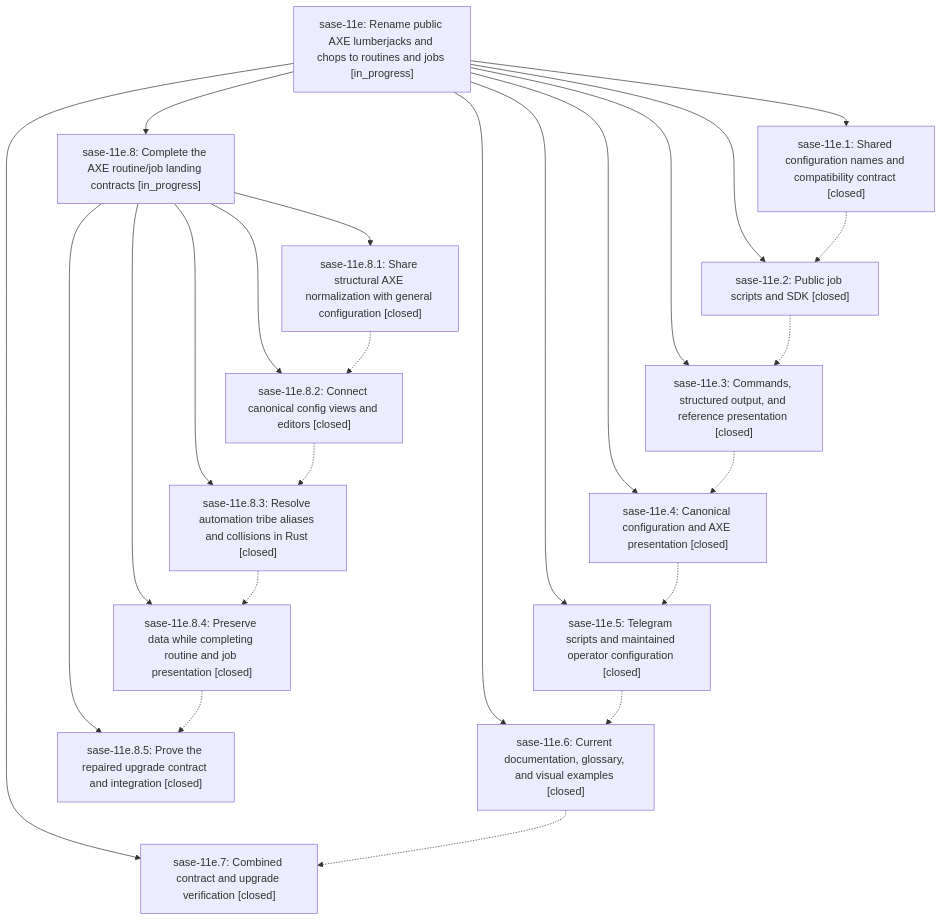
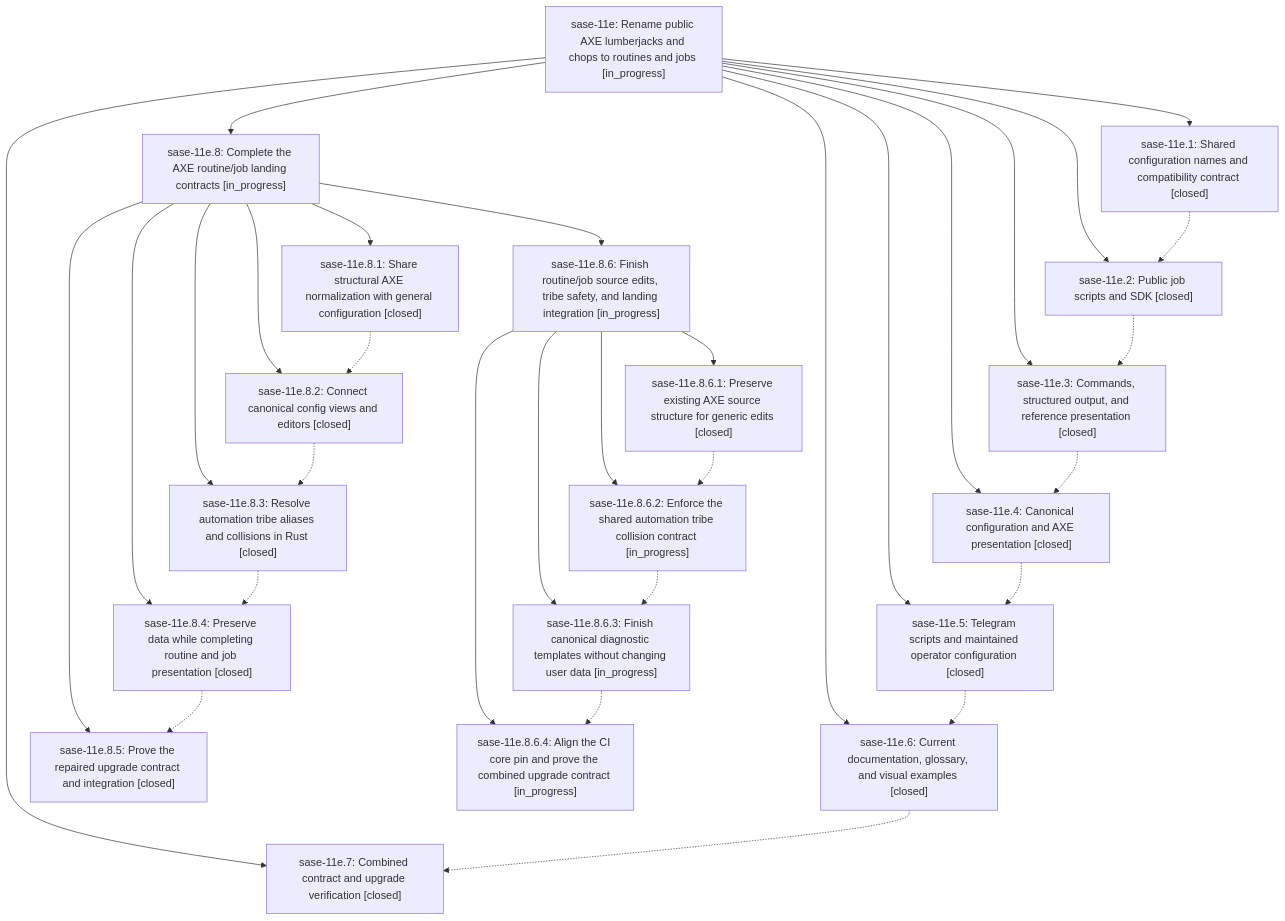
One commit to sase-org/sase--beads changed the diagram in pages/sase-11e/README.md. Above: the diagram before and after it, drawn with Mermaid. The commit also changed other lines of this file and 8 other files, not shown here.

````diff
--- a/pages/sase-11e/README.md
+++ b/pages/sase-11e/README.md
@@ -42,40 +42,53 @@
 ```mermaid
 flowchart TD
     n0["sase-11e: Rename public AXE lumberjacks and chops to routines and jobs [in_progress]"]
     n1["sase-11e.1: Shared configuration names and compatibility contract [closed]"]
     n2["sase-11e.2: Public job scripts and SDK [closed]"]
     n3["sase-11e.3: Commands, structured output, and reference presentation [closed]"]
     n4["sase-11e.4: Canonical configuration and AXE presentation [closed]"]
     n5["sase-11e.5: Telegram scripts and maintained operator configuration [closed]"]
     n6["sase-11e.6: Current documentation, glossary, and visual examples [closed]"]
     n7["sase-11e.7: Combined contract and upgrade verification [closed]"]
     n8["sase-11e.8: Complete the AXE routine/job landing contracts [in_progress]"]
     n9["sase-11e.8.1: Share structural AXE normalization with general configuration [closed]"]
     n10["sase-11e.8.2: Connect canonical config views and editors [closed]"]
     n11["sase-11e.8.3: Resolve automation tribe aliases and collisions in Rust [closed]"]
     n12["sase-11e.8.4: Preserve data while completing routine and job presentation [closed]"]
     n13["sase-11e.8.5: Prove the repaired upgrade contract and integration [closed]"]
+    n14["sase-11e.8.6: Finish routine/job source edits, tribe safety, and landing integration [in_progress]"]
+    n15["sase-11e.8.6.1: Preserve existing AXE source structure for generic edits [closed]"]
+    n16["sase-11e.8.6.2: Enforce the shared automation tribe collision contract [in_progress]"]
+    n17["sase-11e.8.6.3: Finish canonical diagnostic templates without changing user data [in_progress]"]
+    n18["sase-11e.8.6.4: Align the CI core pin and prove the combined upgrade contract [in_progress]"]
     n0 --> n1
     n0 --> n2
     n0 --> n3
     n0 --> n4
     n0 --> n5
     n0 --> n6
     n0 --> n7
     n0 --> n8
     n8 --> n9
     n8 --> n10
     n8 --> n11
     n8 --> n12
     n8 --> n13
+    n8 --> n14
+    n14 --> n15
+    n14 --> n16
+    n14 --> n17
+    n14 --> n18
     n1 -.-> n2
     n2 -.-> n3
     n3 -.-> n4
     n4 -.-> n5
     n5 -.-> n6
     n6 -.-> n7
     n9 -.-> n10
     n10 -.-> n11
     n11 -.-> n12
     n12 -.-> n13
+    n15 -.-> n16
+    n16 -.-> n17
+    n17 -.-> n18
 ```
````
